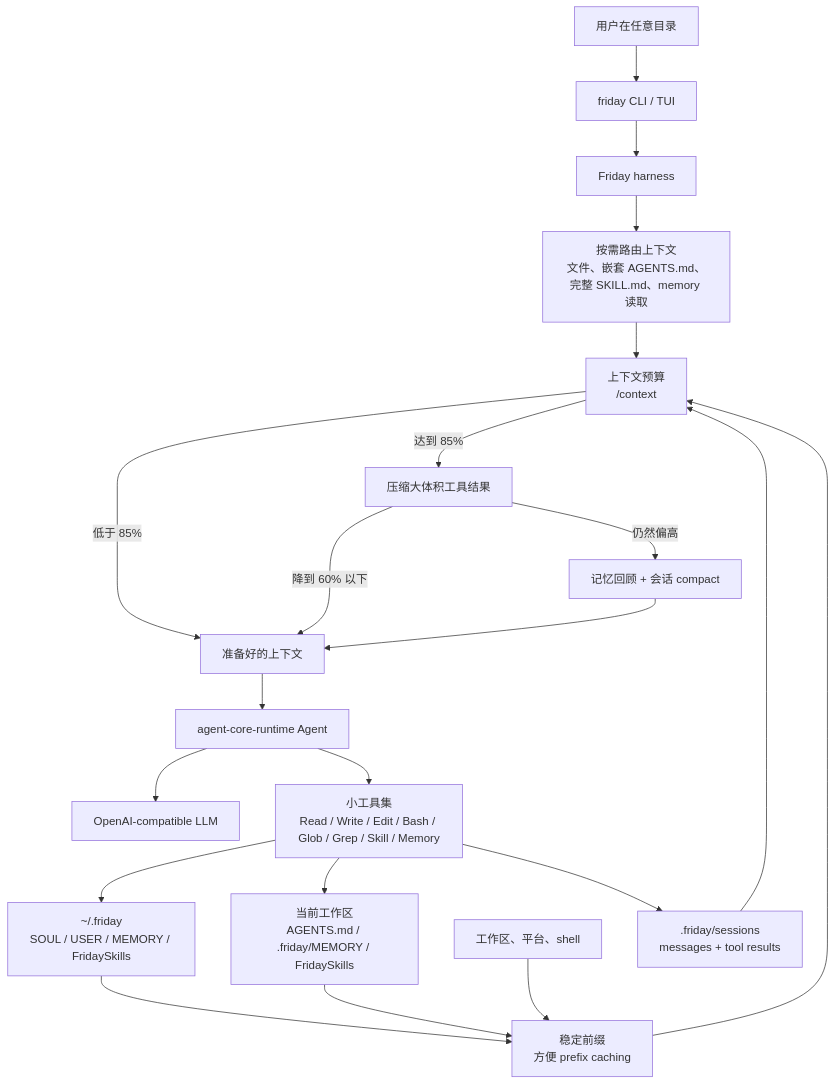
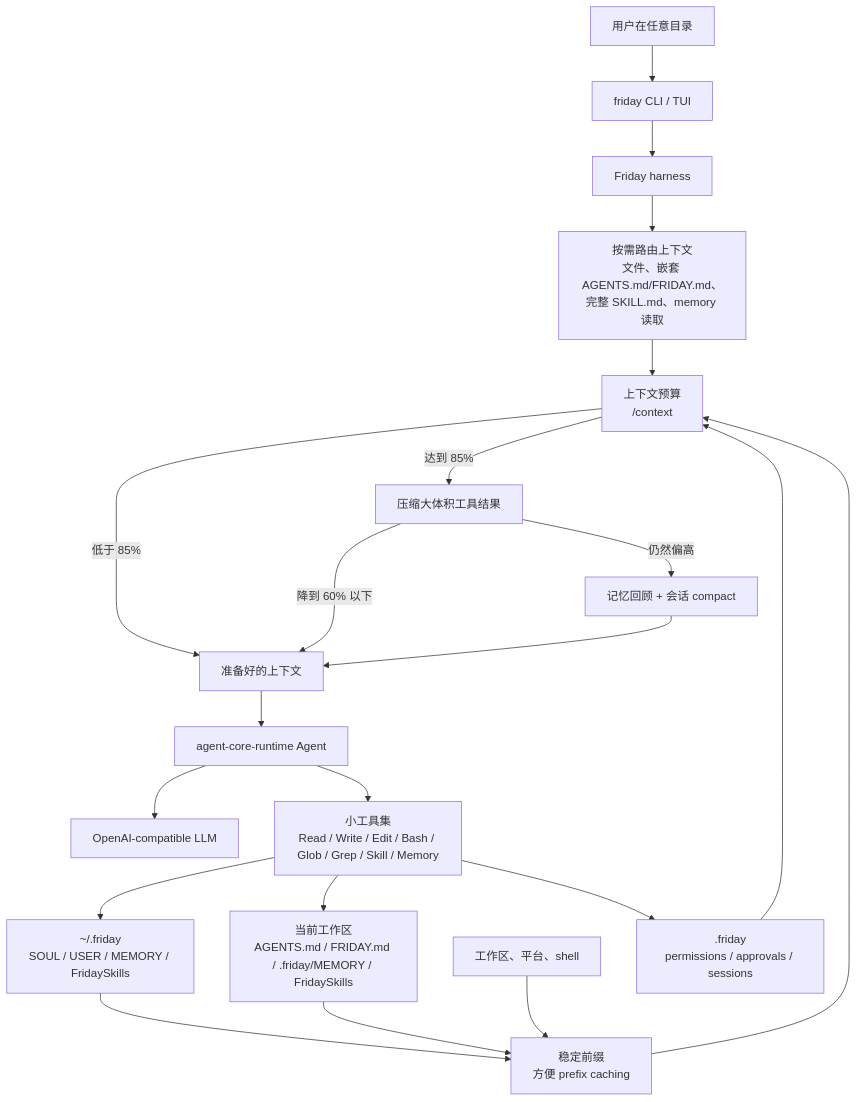
One commit to Lancetwang/friday changed the diagram in README.zh-CN.md. Above: the diagram before and after it, drawn with Mermaid. The commit also changed other lines of this file and 8 other files, not shown here.

Commit message:
Refine Friday harness and approval flow

````diff
--- a/README.zh-CN.md
+++ b/README.zh-CN.md
@@ -28,27 +29,27 @@
 ```mermaid
 flowchart TD
     User["用户在任意目录"] --> CLI["friday CLI / TUI"]
     CLI --> Harness["Friday harness"]
 
     Home["~/.friday<br/>SOUL / USER / MEMORY / FridaySkills"] --> Prefix["稳定前缀<br/>方便 prefix caching"]
-    Project["当前工作区<br/>AGENTS.md / .friday/MEMORY / FridaySkills"] --> Prefix
+    Project["当前工作区<br/>AGENTS.md / FRIDAY.md / .friday/MEMORY / FridaySkills"] --> Prefix
     Env["工作区、平台、shell"] --> Prefix
     Prefix --> Budget["上下文预算<br/>/context"]
 
-    Harness --> Routed["按需路由上下文<br/>文件、嵌套 AGENTS.md、完整 SKILL.md、memory 读取"]
+    Harness --> Routed["按需路由上下文<br/>文件、嵌套 AGENTS.md/FRIDAY.md、完整 SKILL.md、memory 读取"]
     Routed --> Budget
-    Session[".friday/sessions<br/>messages + tool results"] --> Budget
+    State[".friday<br/>permissions / approvals / sessions"] --> Budget
 
     Budget -->|"低于 85%"| Ready["准备好的上下文"]
     Budget -->|"达到 85%"| ToolCompact["压缩大体积工具结果"]
     ToolCompact -->|"降到 60% 以下"| Ready
     ToolCompact -->|"仍然偏高"| LLMCompact["记忆回顾 + 会话 compact"]
     LLMCompact --> Ready
 
     Ready --> Runtime["agent-core-runtime Agent"]
     Runtime --> LLM["OpenAI-compatible LLM"]
     Runtime --> Tools["小工具集<br/>Read / Write / Edit / Bash / Glob / Grep / Skill / Memory"]
-    Tools --> Session
+    Tools --> State
     Tools --> Home
     Tools --> Project
 ```
````
